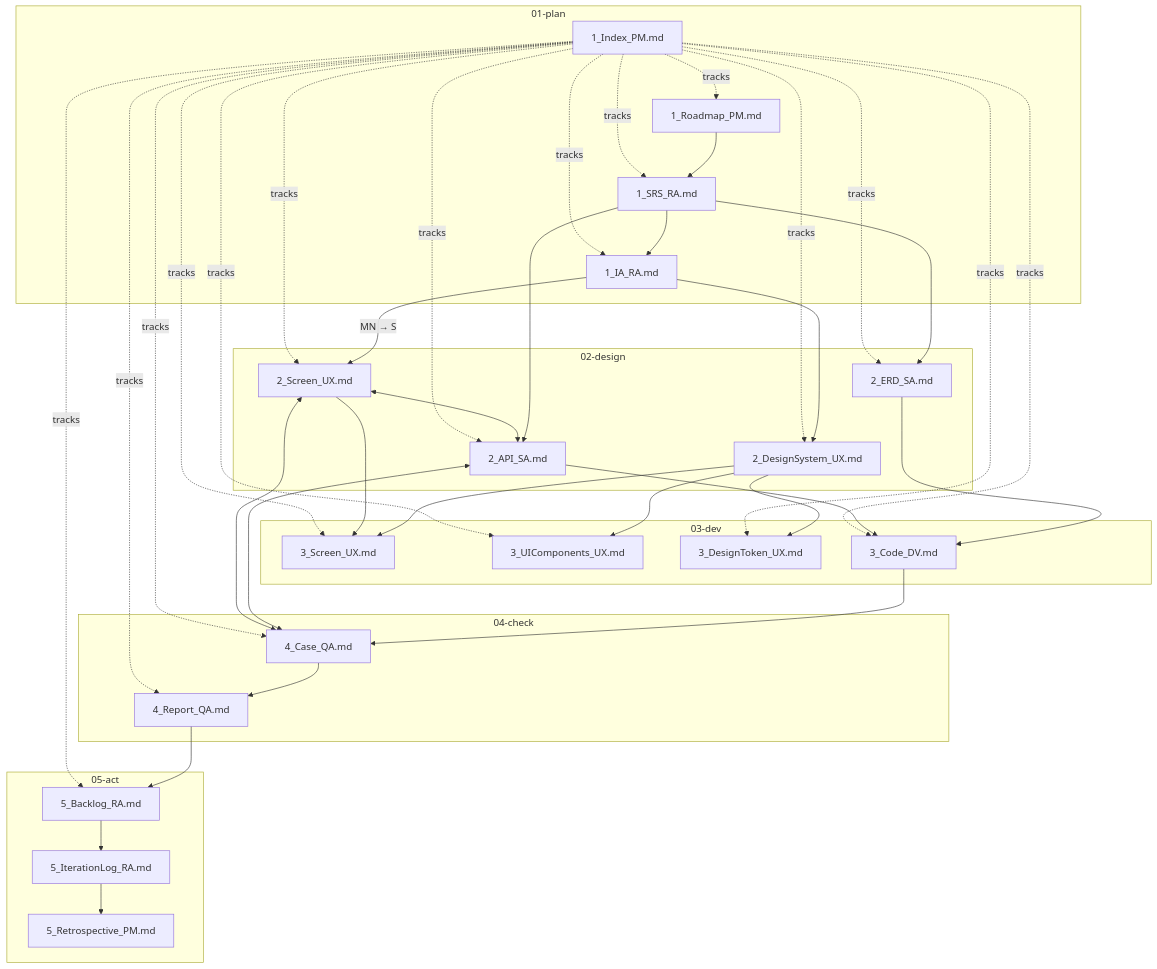
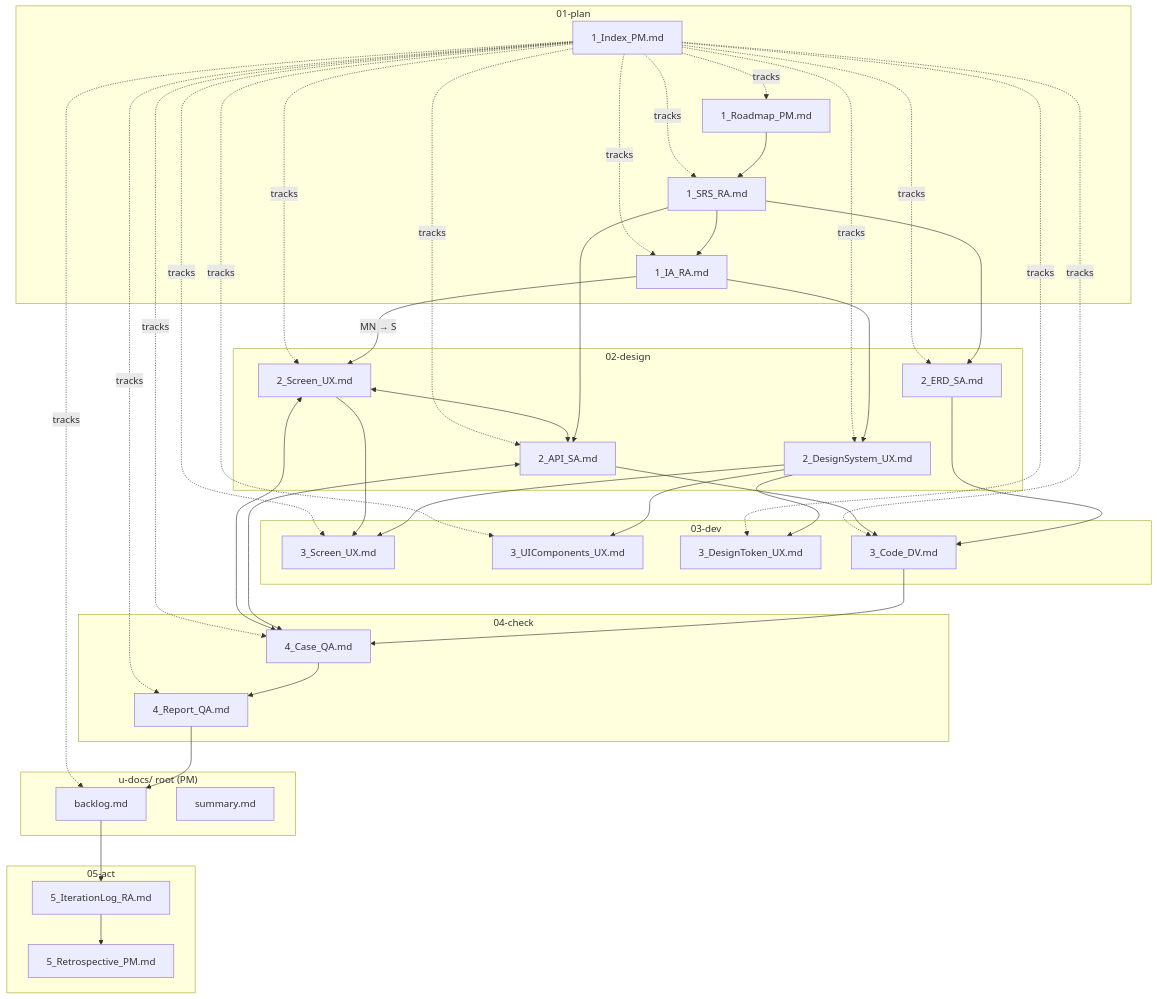
The third of 4 diagrams in references/traceability-matrix.md (upleat-ax/u-maker-plugin), drawn with Mermaid before and after one commit. The commit also changed other lines of this file and 29 other files, not shown here.

Commit message:
feat: backlog, summary

````diff
--- a/references/traceability-matrix.md
+++ b/references/traceability-matrix.md
@@ -85,76 +85,80 @@
 ```mermaid
 flowchart TD
     subgraph PLAN["01-plan"]
         ROADMAP[1_Roadmap_PM.md]
         SRS[1_SRS_RA.md]
         IA[1_IA_RA.md]
         INDEX[1_Index_PM.md]
     end
 
     subgraph DESIGN["02-design"]
         SCREEN[2_Screen_UX.md]
         DSYS[2_DesignSystem_UX.md]
         ERD[2_ERD_SA.md]
         API[2_API_SA.md]
     end
 
     subgraph DEV["03-dev"]
         SCR_UX[3_Screen_UX.md]
         UICOMP[3_UIComponents_UX.md]
         DTOKEN[3_DesignToken_UX.md]
         CODE[3_Code_DV.md]
     end
 
     subgraph CHECK_PHASE["04-check"]
         CASE[4_Case_QA.md]
         REPORT[4_Report_QA.md]
     end
 
     subgraph ACT_PHASE["05-act"]
-        BACKLOG[5_Backlog_RA.md]
         ITER_LOG[5_IterationLog_RA.md]
         RETRO[5_Retrospective_PM.md]
+    end
+
+    subgraph ROOT_DOCS["u-docs/ root (PM)"]
+        BACKLOG[backlog.md]
+        SUMMARY[summary.md]
     end
 
     %% Vertical dependencies
     ROADMAP --> SRS
     SRS --> IA
     SRS --> ERD
     SRS --> API
     IA -->|MN → S| SCREEN
     IA --> DSYS
     DSYS --> SCR_UX
     DSYS --> UICOMP
     DSYS --> DTOKEN
     ERD --> CODE
     API --> CODE
     SCREEN --> SCR_UX
     CODE --> CASE
 
     %% Horizontal dependencies
     SCREEN <--> API
     API <--> CASE
     SCREEN <--> CASE
 
     %% Check → Act flow
     CASE --> REPORT
     REPORT --> BACKLOG
     BACKLOG --> ITER_LOG
     ITER_LOG --> RETRO
 
     %% Index tracks all
     INDEX -.->|tracks| ROADMAP
     INDEX -.->|tracks| SRS
     INDEX -.->|tracks| IA
     INDEX -.->|tracks| SCREEN
     INDEX -.->|tracks| DSYS
     INDEX -.->|tracks| ERD
     INDEX -.->|tracks| API
     INDEX -.->|tracks| SCR_UX
     INDEX -.->|tracks| UICOMP
     INDEX -.->|tracks| DTOKEN
     INDEX -.->|tracks| CODE
     INDEX -.->|tracks| CASE
     INDEX -.->|tracks| REPORT
     INDEX -.->|tracks| BACKLOG
 ```
````
